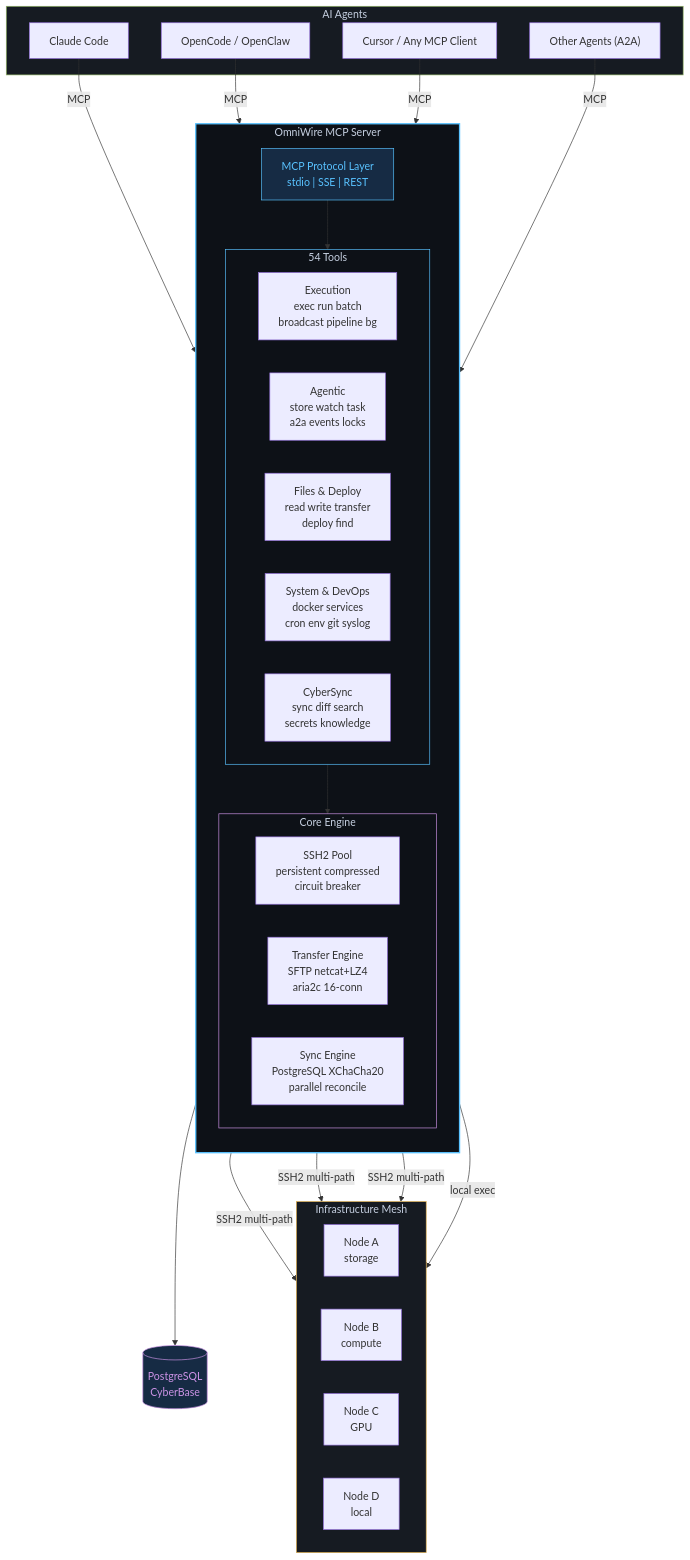
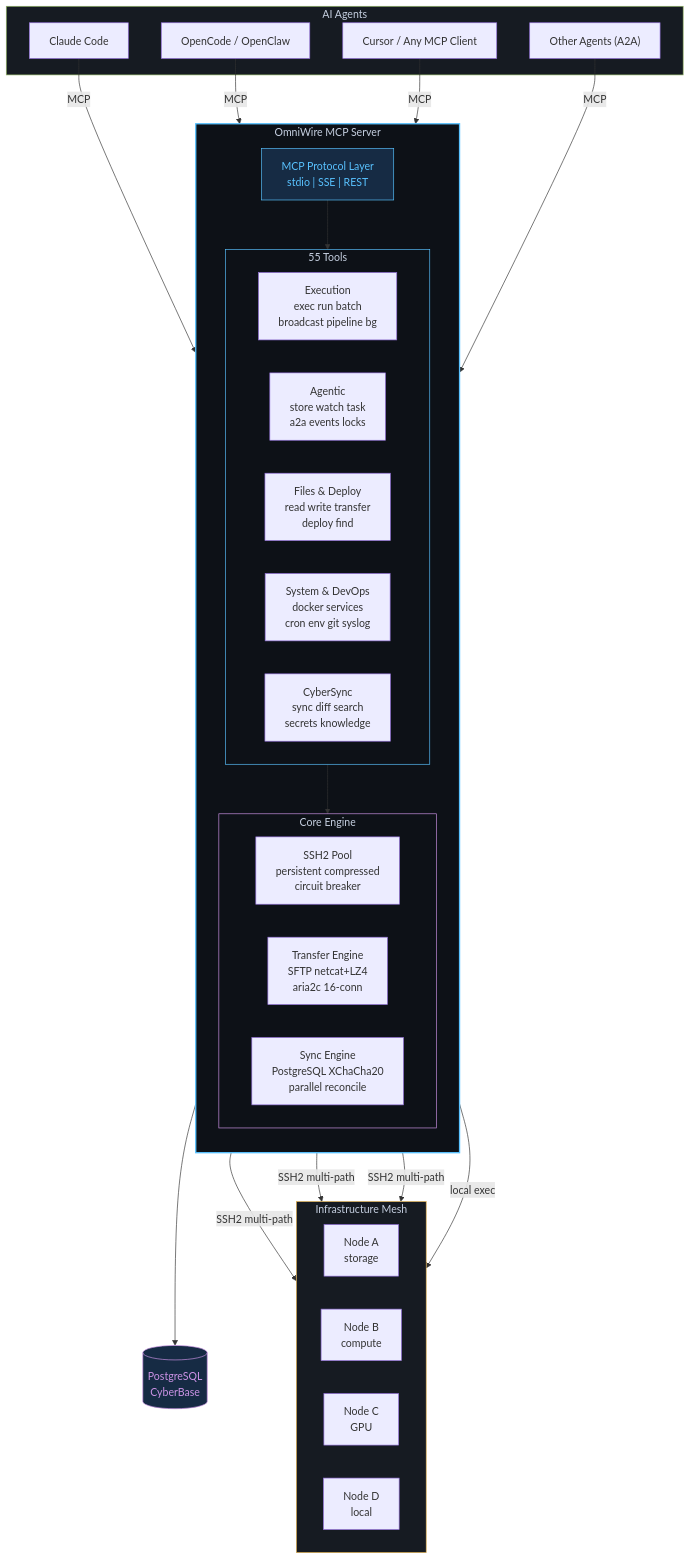
One commit to VoidChecksum/omniwire changed the diagram in README.md. Above: the diagram before and after it, drawn with Mermaid. The commit also changed other lines of this file and 4 other files, not shown here.

````diff
--- a/README.md
+++ b/README.md
@@ -55,55 +55,55 @@
 ```mermaid
 graph TB
     subgraph clients["AI Agents"]
         CC["Claude Code"]
         OC["OpenCode / OpenClaw"]
         CU["Cursor / Any MCP Client"]
         A2["Other Agents (A2A)"]
     end
 
     subgraph omniwire["OmniWire MCP Server"]
         direction TB
         MCP["MCP Protocol Layer<br/>stdio | SSE | REST"]
 
-        subgraph tools["54 Tools"]
+        subgraph tools["55 Tools"]
             direction LR
             EXEC["Execution<br/>exec  run  batch<br/>broadcast  pipeline  bg"]
             AGENT["Agentic<br/>store  watch  task<br/>a2a  events  locks"]
             FILES["Files & Deploy<br/>read  write  transfer<br/>deploy  find"]
             SYS["System & DevOps<br/>docker  services<br/>cron  env  git  syslog"]
             SYNC["CyberSync<br/>sync  diff  search<br/>secrets  knowledge"]
         end
 
         subgraph engine["Core Engine"]
             direction LR
             POOL["SSH2 Pool<br/>persistent  compressed<br/>circuit breaker"]
             XFER["Transfer Engine<br/>SFTP  netcat+LZ4<br/>aria2c 16-conn"]
             CSYNC["Sync Engine<br/>PostgreSQL  XChaCha20<br/>parallel reconcile"]
         end
     end
 
     subgraph mesh["Infrastructure Mesh"]
         direction LR
         N1["Node A<br/>storage"]
         N2["Node B<br/>compute"]
         N3["Node C<br/>GPU"]
         N4["Node D<br/>local"]
     end
 
     DB[("PostgreSQL<br/>CyberBase")]
 
     CC & OC & CU & A2 -->|MCP| MCP
     MCP --> tools
     tools --> engine
     POOL -->|"SSH2 multi-path"| N1 & N2 & N3
     POOL -->|"local exec"| N4
     CSYNC --> DB
 
     style omniwire fill:#0D1117,stroke:#59C2FF,stroke-width:2px,color:#C6D0E1
     style clients fill:#161B22,stroke:#91B362,stroke-width:1px,color:#C6D0E1
     style mesh fill:#161B22,stroke:#E6B450,stroke-width:1px,color:#C6D0E1
     style tools fill:#0D1117,stroke:#59C2FF,stroke-width:1px,color:#C6D0E1
     style engine fill:#0D1117,stroke:#CC93E6,stroke-width:1px,color:#C6D0E1
     style MCP fill:#162B44,stroke:#59C2FF,color:#59C2FF
     style DB fill:#162B44,stroke:#CC93E6,color:#CC93E6
 ```
````
